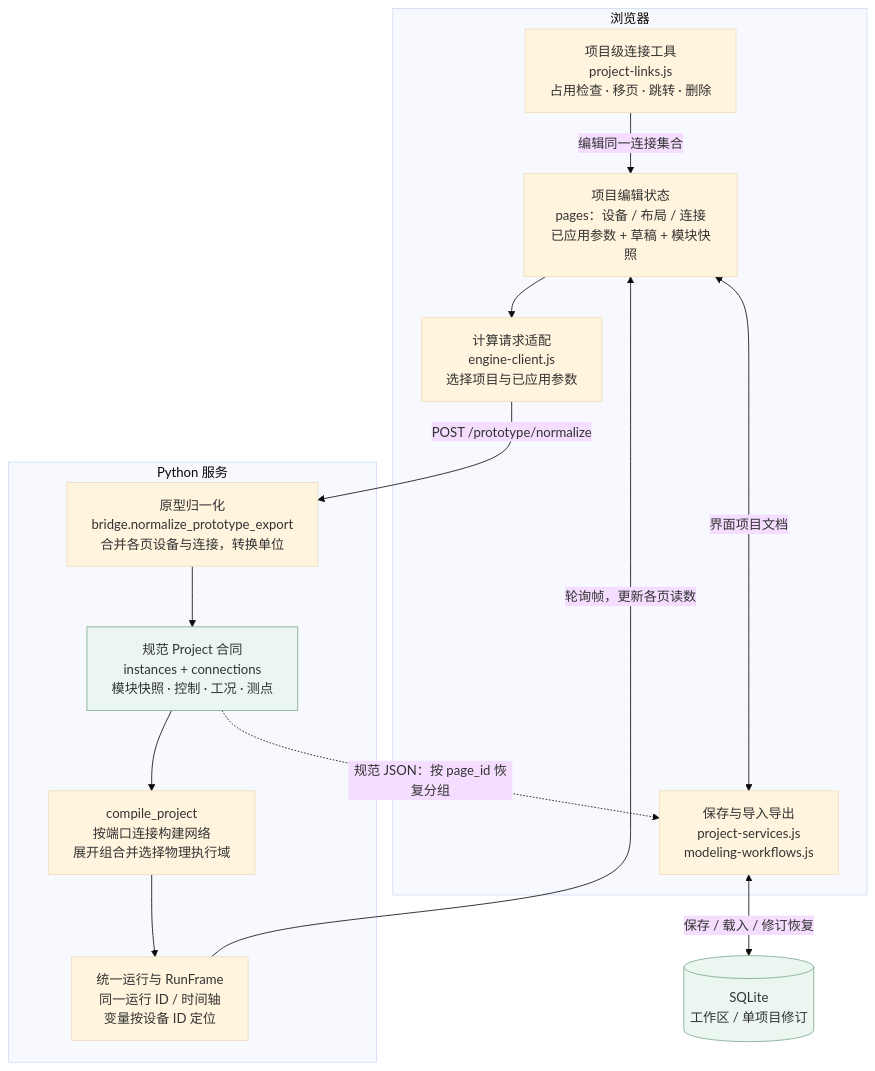
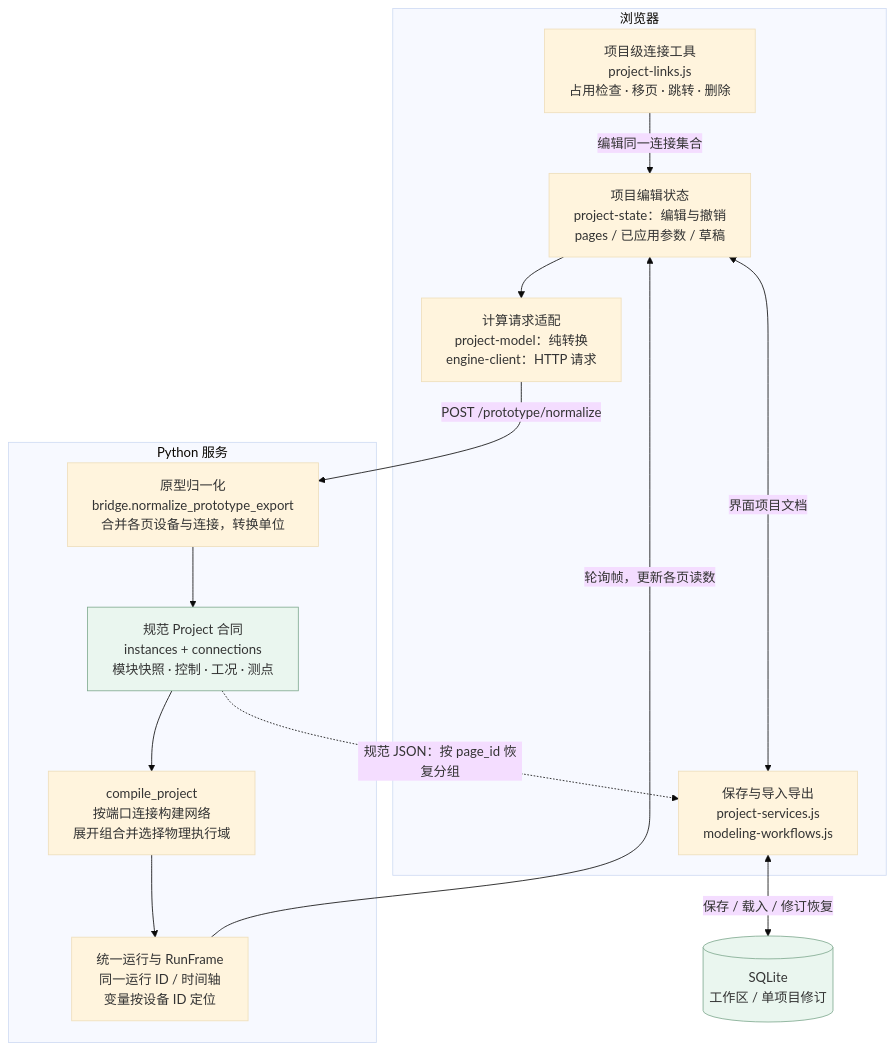
The second of 10 diagrams in fluidnet-prototype-engine/docs/ARCHITECTURE_AND_SEQUENCE.md (kongbaifan/fluidnet), drawn with Mermaid (base theme) before and after one commit. The commit also changed other lines of this file and 19 other files, not shown here.

Commit message:
文档：同步重构后的架构图、迁移证据与完整验收门禁

````diff
--- a/fluidnet-prototype-engine/docs/ARCHITECTURE_AND_SEQUENCE.md
+++ b/fluidnet-prototype-engine/docs/ARCHITECTURE_AND_SEQUENCE.md
@@ -81,26 +83,26 @@
 ```mermaid
 flowchart TB
   subgraph BROWSER["浏览器"]
-    STATE["项目编辑状态<br/>pages：设备 / 布局 / 连接<br/>已应用参数 + 草稿 + 模块快照"]
+    STATE["项目编辑状态<br/>project-state：编辑与撤销<br/>pages / 已应用参数 / 草稿"]
     LINKS["项目级连接工具<br/>project-links.js<br/>占用检查 · 移页 · 跳转 · 删除"]
-    ADAPTER["计算请求适配<br/>engine-client.js<br/>选择项目与已应用参数"]
+    ADAPTER["计算请求适配<br/>project-model：纯转换<br/>engine-client：HTTP 请求"]
     SAVE["保存与导入导出<br/>project-services.js<br/>modeling-workflows.js"]
     LINKS -->|编辑同一连接集合| STATE
     STATE --> ADAPTER
     STATE <-->|界面项目文档| SAVE
   end
   subgraph SERVER["Python 服务"]
     BRIDGE["原型归一化<br/>bridge.normalize_prototype_export<br/>合并各页设备与连接，转换单位"]
     PROJECT["规范 Project 合同<br/>instances + connections<br/>模块快照 · 控制 · 工况 · 测点"]
     COMPILE["compile_project<br/>按端口连接构建网络<br/>展开组合并选择物理执行域"]
     RUN["统一运行与 RunFrame<br/>同一运行 ID / 时间轴<br/>变量按设备 ID 定位"]
     BRIDGE --> PROJECT --> COMPILE --> RUN
   end
   DB[("SQLite<br/>工作区 / 单项目修订")]
   ADAPTER -->|POST /prototype/normalize| BRIDGE
   SAVE <-->|保存 / 载入 / 修订恢复| DB
   PROJECT -.->|规范 JSON：按 page_id 恢复分组| SAVE
   RUN -->|轮询帧，更新各页读数| STATE
   classDef data fill:#eaf6ef,stroke:#80aa90;
   class PROJECT,DB data;
 ```
````
